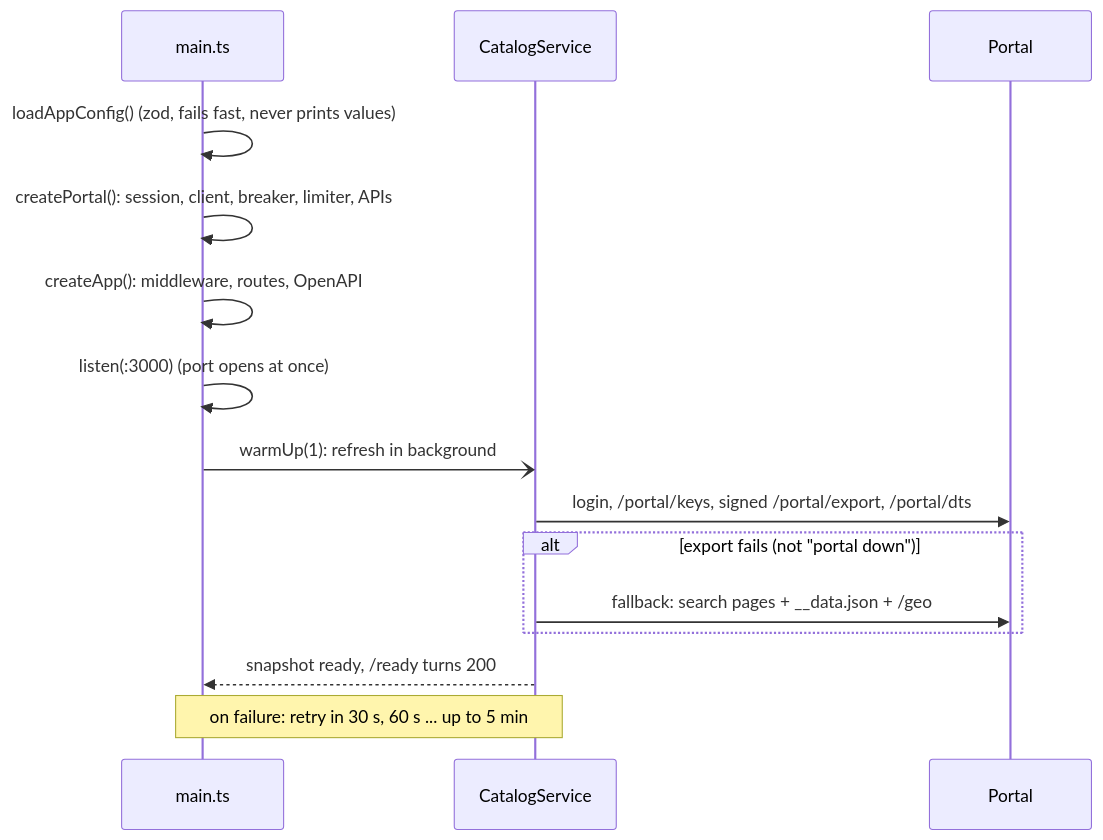
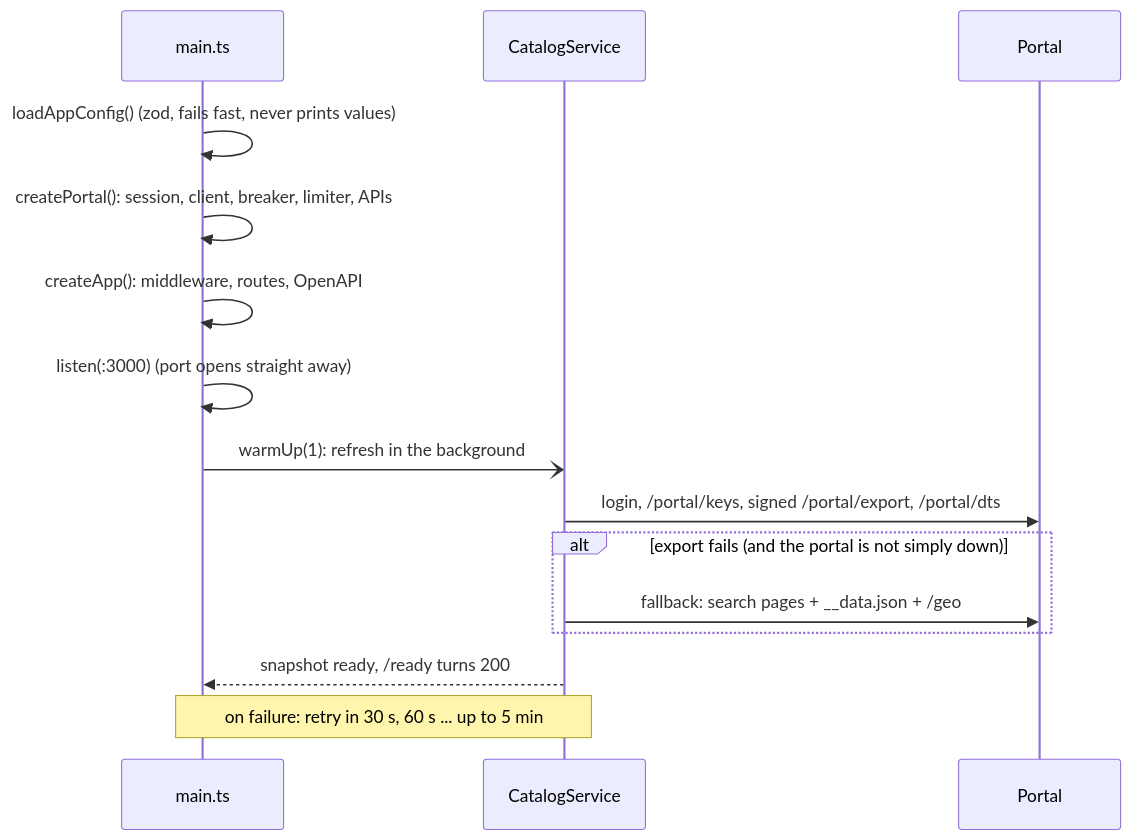
Before and after one commit to Sameer-choudhary-git/urja-api: the second of 4 diagrams in docs/ARCHITECTURE.md, drawn with Mermaid. The commit also changed other lines of this file and 6 other files, not shown here.

````diff
--- a/docs/ARCHITECTURE.md
+++ b/docs/ARCHITECTURE.md
@@ -62,17 +68,17 @@
 ```mermaid
 sequenceDiagram
   participant M as main.ts
   participant C as CatalogService
   participant P as Portal
   M->>M: loadAppConfig() (zod, fails fast, never prints values)
   M->>M: createPortal(): session, client, breaker, limiter, APIs
   M->>M: createApp(): middleware, routes, OpenAPI
-  M->>M: listen(:3000)  (port opens at once)
-  M-)C: warmUp(1): refresh in background
+  M->>M: listen(:3000)  (port opens straight away)
+  M-)C: warmUp(1): refresh in the background
   C->>P: login, /portal/keys, signed /portal/export, /portal/dts
-  alt export fails (not "portal down")
+  alt export fails (and the portal is not simply down)
     C->>P: fallback: search pages + __data.json + /geo
   end
   C-->>M: snapshot ready, /ready turns 200
   Note over M,C: on failure: retry in 30 s, 60 s ... up to 5 min
 ```
````
